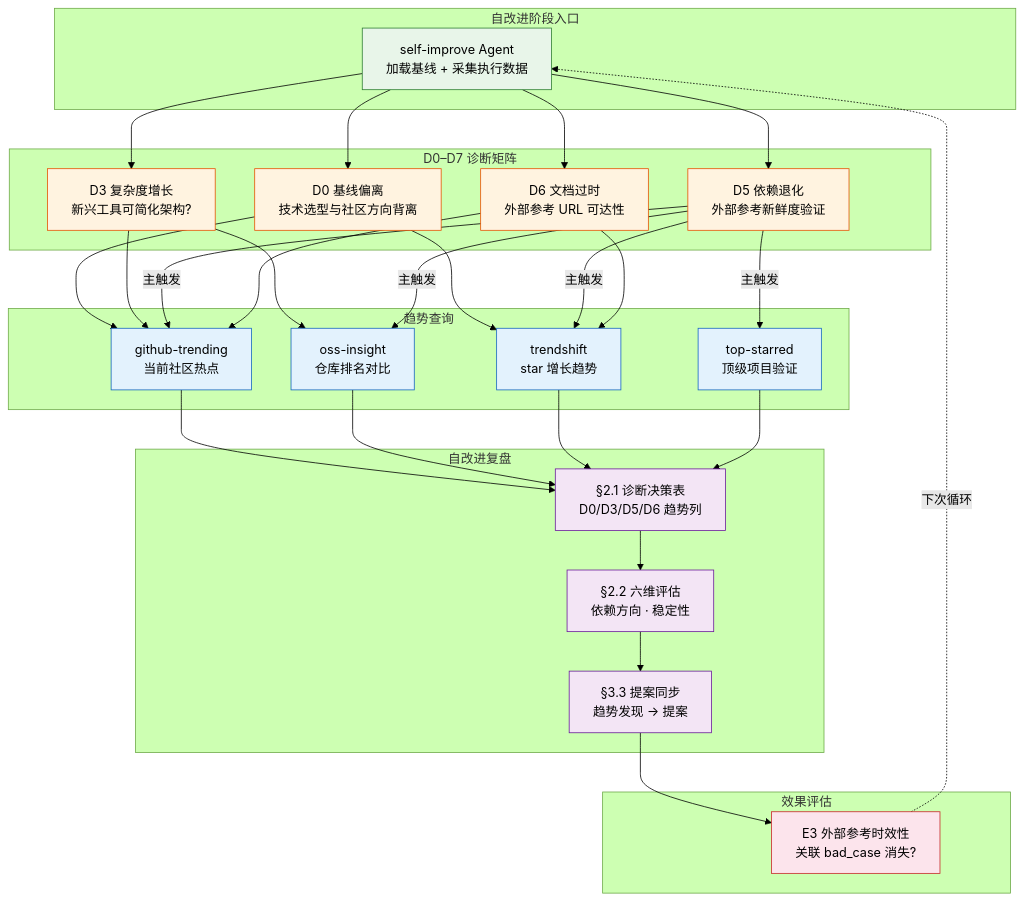
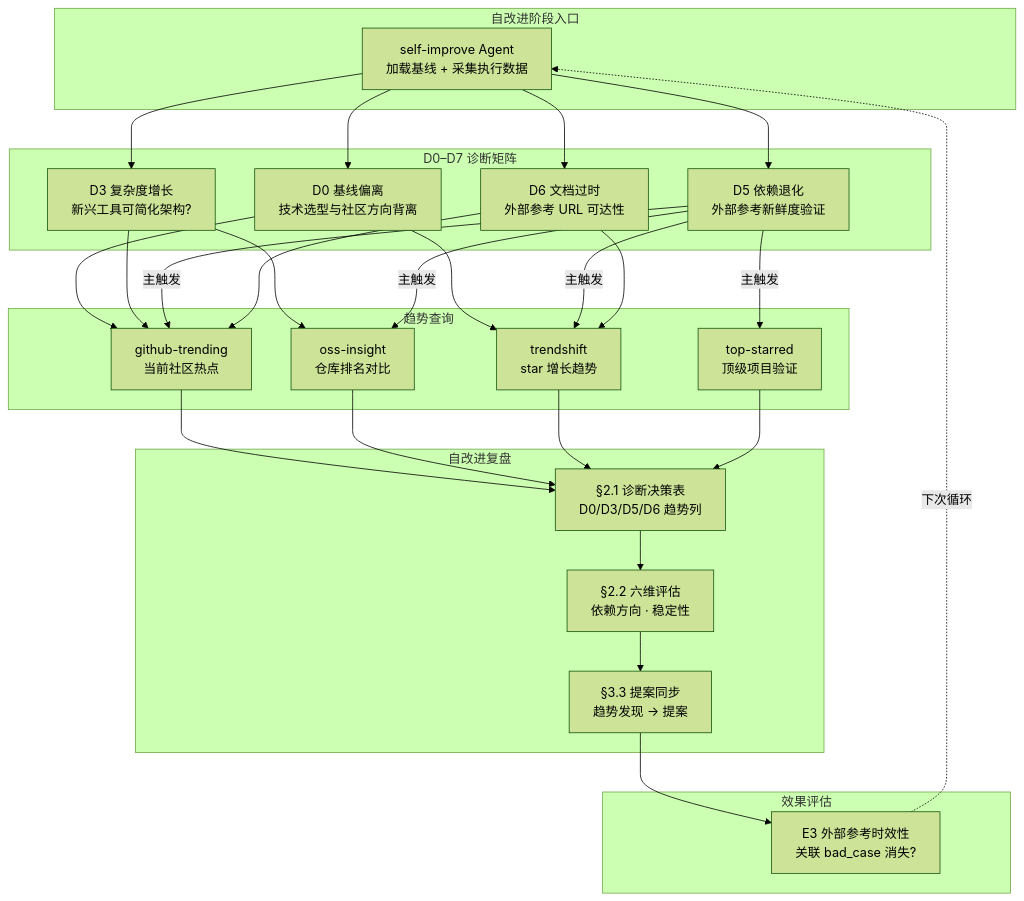
Before and after one commit to effiy/YrY: the second of 4 diagrams in skills/rui-trends/SKILL.md, drawn with Mermaid (forest theme). The commit also changed other lines of this file and 61 other files, not shown here.

````diff
--- a/skills/rui-trends/SKILL.md
+++ b/skills/rui-trends/SKILL.md
@@ -117,47 +115,42 @@
 ```mermaid
 flowchart TB
     subgraph 触发["自改进阶段入口"]
         SELF["self-improve Agent<br/>加载基线 + 采集执行数据"]:::phase
     end
 
     subgraph 诊断["D0–D7 诊断矩阵"]
         D0["D0 基线偏离<br/>技术选型与社区方向背离"]:::diag
         D3["D3 复杂度增长<br/>新兴工具可简化架构?"]:::diag
         D5["D5 依赖退化<br/>外部参考新鲜度验证"]:::diag
         D6["D6 文档过时<br/>外部参考 URL 可达性"]:::diag
     end
 
     subgraph 查询["趋势查询"]
         GT["github-trending<br/>当前社区热点"]:::action
         OI["oss-insight<br/>仓库排名对比"]:::action
         TS["trendshift<br/>star 增长趋势"]:::action
         TSR["top-starred<br/>顶级项目验证"]:::action
     end
 
     subgraph 输出["自改进复盘"]
         R21["§2.1 诊断决策表<br/>D0/D3/D5/D6 趋势列"]:::out
         R22["§2.2 六维评估<br/>依赖方向 · 稳定性"]:::out
         R33["§3.3 提案同步<br/>趋势发现 → 提案"]:::out
     end
 
     subgraph 评估["效果评估"]
         E3["E3 外部参考时效性<br/>关联 bad_case 消失?"]:::eval
     end
 
     SELF --> D0 & D3 & D5 & D6
     D0 --> GT & TS
     D3 --> GT & OI
     D5 -->|"主触发"| GT & OI & TS & TSR
     D6 --> GT & TS
     GT & OI & TS & TSR --> R21
     R21 --> R22
     R22 --> R33
     R33 --> E3
     E3 -.->|"下次循环"| SELF
 
-    classDef phase fill:#e8f5e9,stroke:#2e7d32;
-    classDef diag fill:#fff3e0,stroke:#e65100;
-    classDef action fill:#e3f2fd,stroke:#1565c0;
-    classDef out fill:#f3e5f5,stroke:#6a1b9a;
-    classDef eval fill:#fce4ec,stroke:#c62828;
 ```
````
